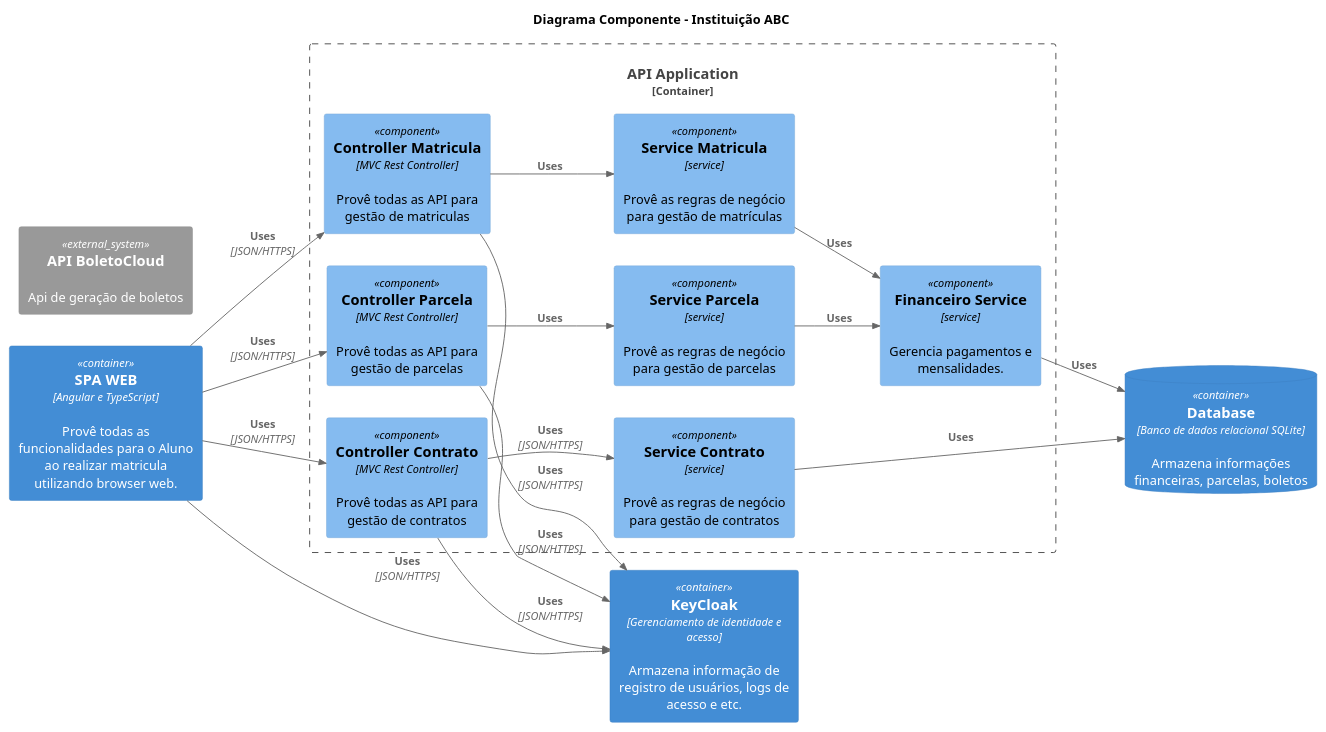
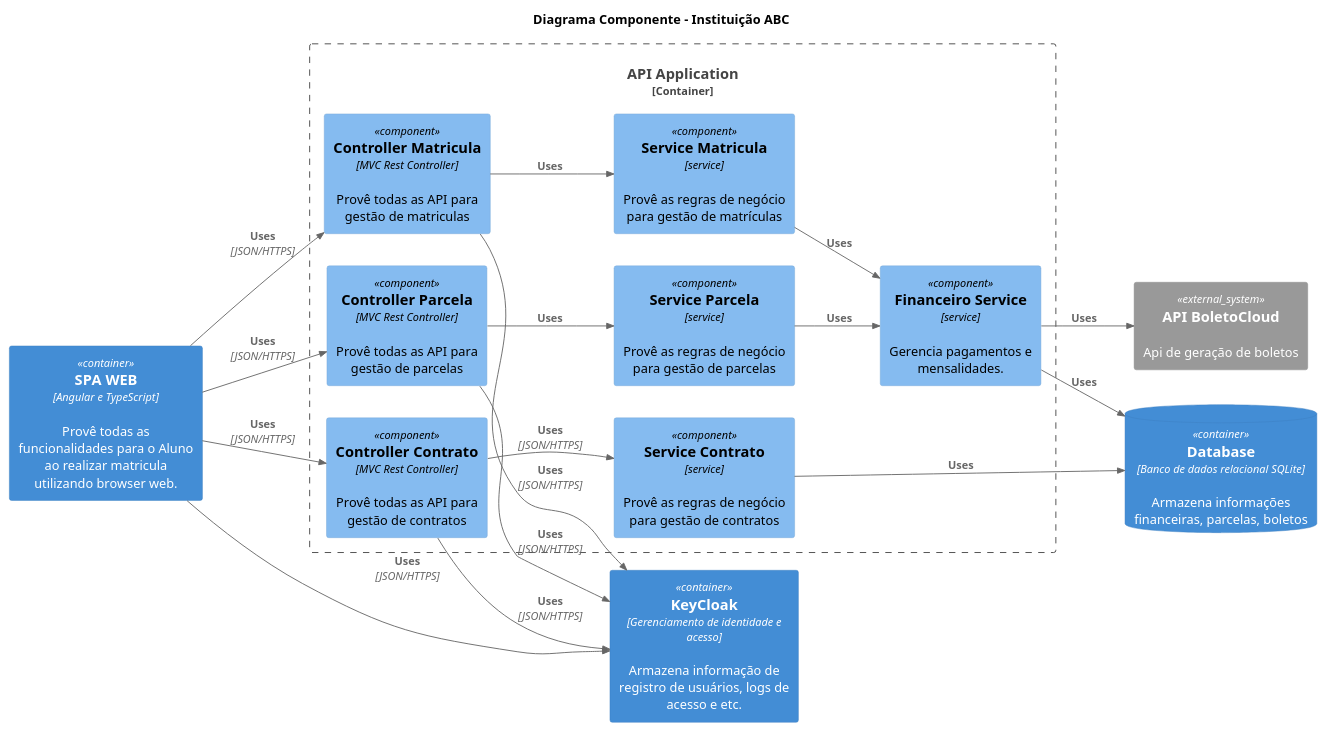
One commit to PosGraduacaoEquipe7/diagramas-plant-uml changed the diagram in DevWeb/arquitetura_api_back.puml. Above: the diagram before and after it, drawn with PlantUML. The commit also changed 1 other file, not shown here.

Commit message:
Diagrama EAP atualizado

```diff
--- a/DevWeb/arquitetura_api_back.puml
+++ b/DevWeb/arquitetura_api_back.puml
@@ -1,51 +1,53 @@
 @startuml
 '!include https://raw.githubusercontent.com/plantuml-stdlib/C4-PlantUML/master/C4_Component.puml
 ' uncomment the following line and comment the first to use locally
 !include C4_Component.puml
 
 LAYOUT_LEFT_RIGHT()
 'LAYOUT_WITH_LEGEND()
 
 title Diagrama Componente - Instituição ABC
 
 Container(spa, "SPA WEB", "Angular e TypeScript", "Provê todas as funcionalidades para o Aluno ao realizar matricula utilizando browser web.")
 
 System_Ext(boletoCloud, "API BoletoCloud", "Api de geração de boletos")
 ContainerDb(dbFin, "Database ", "Banco de dados relacional SQLite", "Armazena informações financeiras, parcelas, boletos")
 
 Container(keycloak, "KeyCloak", "Gerenciamento de identidade e acesso", "Armazena informação de registro de usuários, logs de acesso e etc.")
 
 Container_Boundary(api, "API Application") {
     Component(cmatricula, "Controller Matricula", "MVC Rest Controller", "Provê todas as API para gestão de matriculas")
     Component(matricula, "Service Matricula", "service", "Provê as regras de negócio para gestão de matrículas")
     Component(financeiroService, "Financeiro Service", "service", "Gerencia pagamentos e mensalidades.")
 
     Component(cparcela, "Controller Parcela", "MVC Rest Controller", "Provê todas as API para gestão de parcelas")
     Component(parcela, "Service Parcela", "service", "Provê as regras de negócio para gestão de parcelas")
 
     Component(ccontrato, "Controller Contrato", "MVC Rest Controller", "Provê todas as API para gestão de contratos")
     Component(contrato, "Service Contrato", "service", "Provê as regras de negócio para gestão de contratos")
 
     Rel(cmatricula, matricula, "Uses")
     Rel(matricula, financeiroService, "Uses")
 
     Rel(cparcela, parcela, "Uses")
 
     Rel(parcela, financeiroService, "Uses")
 }
 
 Rel(spa, keycloak, "Uses", "JSON/HTTPS")
 
 Rel(spa, cmatricula, "Uses", "JSON/HTTPS")
 Rel(cmatricula, keycloak, "Uses", "JSON/HTTPS")
 
 Rel(spa, cparcela, "Uses", "JSON/HTTPS")
 Rel(cparcela, keycloak, "Uses", "JSON/HTTPS")
 
 Rel(spa, ccontrato, "Uses", "JSON/HTTPS")
 Rel(ccontrato, keycloak, "Uses", "JSON/HTTPS")
 Rel(ccontrato, contrato, "Uses", "JSON/HTTPS")
 
 Rel(financeiroService, dbFin, "Uses")
 Rel(contrato, dbFin, "Uses")
+
+Rel(financeiroService, boletoCloud, "Uses")
 @enduml
```
